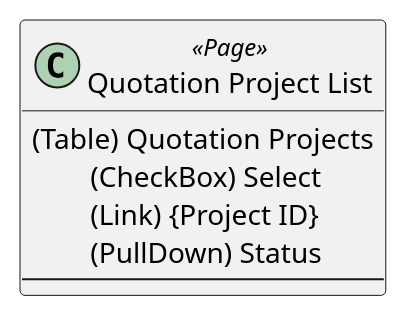
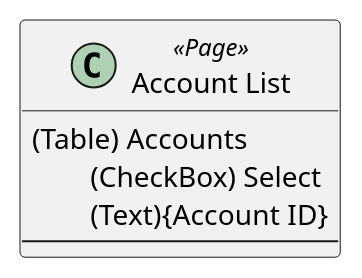
One commit to hansuoi/ucod changed the third of 4 diagrams in docs/ucod-design-guide.en.md. Above: the diagram before and after it, drawn with PlantUML. The commit also changed other lines of this file, not shown here.

````diff
--- a/docs/ucod-design-guide.en.md
+++ b/docs/ucod-design-guide.en.md
@@ -76,9 +75,8 @@
 ```plantuml
-class "Quotation Project List" <<Page>> {
-  (Table) Quotation Projects
+class "Account List" <<Page>> {
+  (Table) Accounts
     \t(CheckBox) Select
-    \t(Link) {Project ID}
-    \t(PullDown) Status
+    \t(Text){Account ID}
   ---
 }
 ```
````
